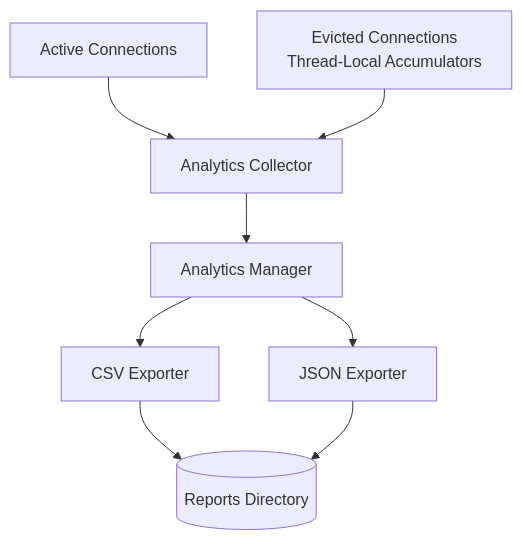
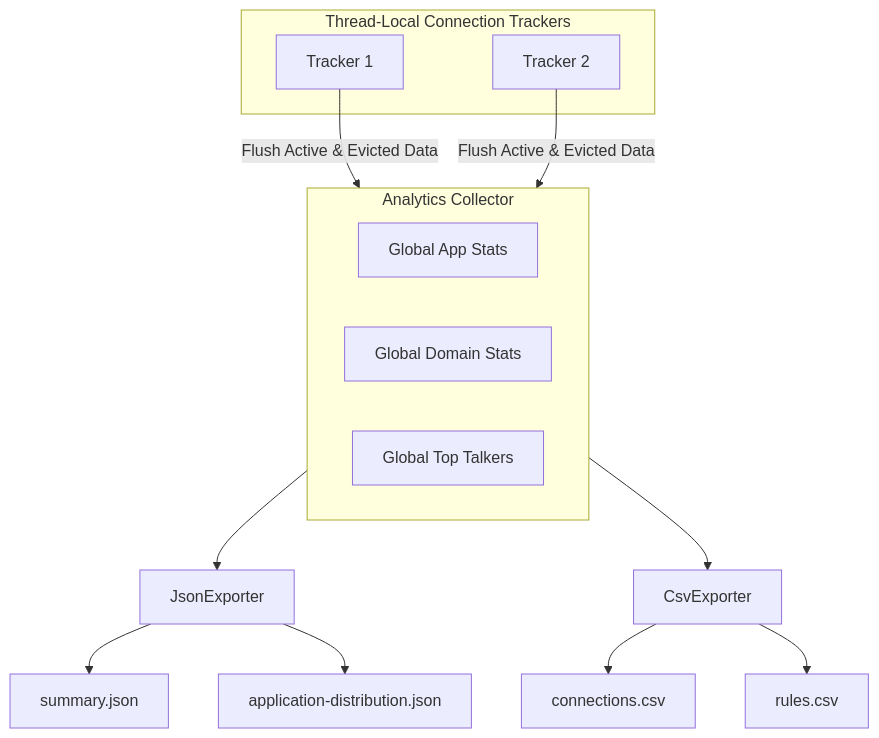
The fifth of 8 diagrams in README.md (NamanKejriwal/DPI-Engine), drawn with Mermaid before and after one commit. The commit also changed other lines of this file and 7 other files, not shown here.

Commit message:
Add flow lifecycle management

````diff
--- a/README.md
+++ b/README.md
@@ -164,13 +210,24 @@
 ```mermaid
-flowchart TD
-    A[Active Connections] --> C[Analytics Collector]
-    B[Evicted Connections\nThread-Local Accumulators] --> C
-    
-    C --> M[Analytics Manager]
-    
-    M --> CSV[CSV Exporter]
-    M --> JSON[JSON Exporter]
-    
-    CSV --> R[(Reports Directory)]
-    JSON --> R
+graph TD
+    subgraph Trackers [Thread-Local Connection Trackers]
+        T1[Tracker 1]
+        T2[Tracker 2]
+    end
+
+    subgraph AnalyticsCollector [Analytics Collector]
+        Map1[Global App Stats]
+        Map2[Global Domain Stats]
+        Map3[Global Top Talkers]
+    end
+
+    T1 -->|Flush Active & Evicted Data| AnalyticsCollector
+    T2 -->|Flush Active & Evicted Data| AnalyticsCollector
+
+    AnalyticsCollector --> JSON[JsonExporter]
+    AnalyticsCollector --> CSV[CsvExporter]
+
+    JSON --> summary[summary.json]
+    JSON --> dist[application-distribution.json]
+    CSV --> tcp[connections.csv]
+    CSV --> rules[rules.csv]
 ```
````
